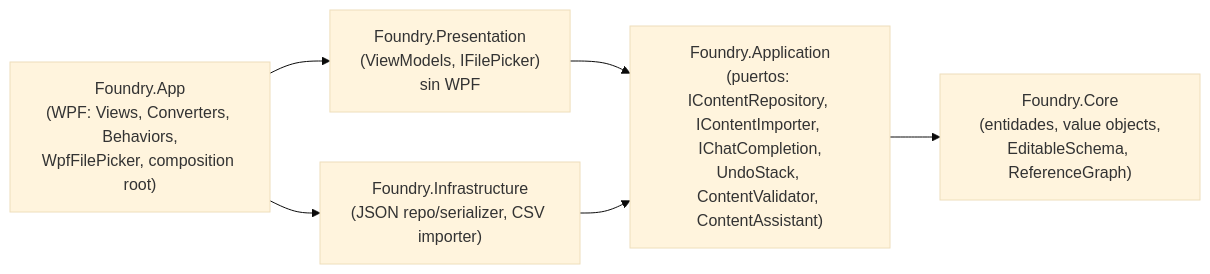
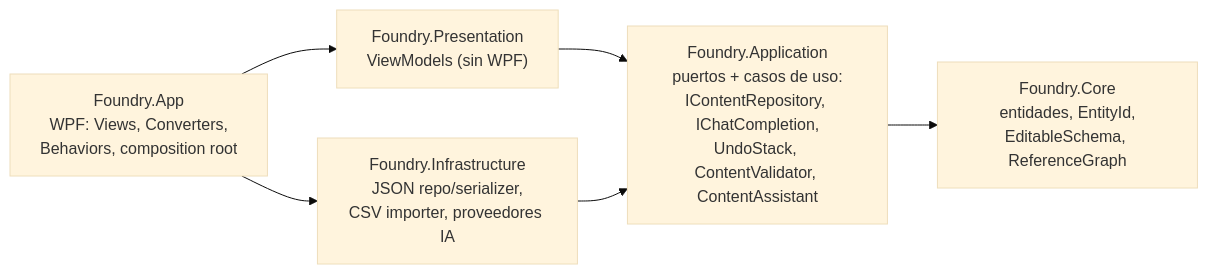
Before and after one commit to JM7Lacal/foundry: the diagram in README.md, drawn with Mermaid (base theme). The commit also changed other lines of this file and 6 other files, not shown here.

````diff
--- a/README.md
+++ b/README.md
@@ -57,14 +70,14 @@
 ```mermaid
 flowchart LR
-    App["Foundry.App\n(WPF: Views, Converters, Behaviors,\nWpfFilePicker, composition root)"]
-    Pres["Foundry.Presentation\n(ViewModels, IFilePicker)\nsin WPF"]
-    Infra["Foundry.Infrastructure\n(JSON repo/serializer, CSV importer)"]
-    Appl["Foundry.Application\n(puertos: IContentRepository, IContentImporter, IChatCompletion,\nUndoStack, ContentValidator, ContentAssistant)"]
-    Core["Foundry.Core\n(entidades, value objects,\nEditableSchema, ReferenceGraph)"]
+    App["Foundry.App<br/>WPF: Views, Converters,<br/>Behaviors, composition root"]
+    Pres["Foundry.Presentation<br/>ViewModels (sin WPF)"]
+    Infra["Foundry.Infrastructure<br/>JSON repo/serializer,<br/>CSV importer, proveedores IA"]
+    Appl["Foundry.Application<br/>puertos + casos de uso:<br/>IContentRepository, IChatCompletion,<br/>UndoStack, ContentValidator, ContentAssistant"]
+    Core["Foundry.Core<br/>entidades, EntityId,<br/>EditableSchema, ReferenceGraph"]
 
     App --> Pres
     App --> Infra
     Pres --> Appl
     Infra --> Appl
     Appl --> Core
 ```
````
